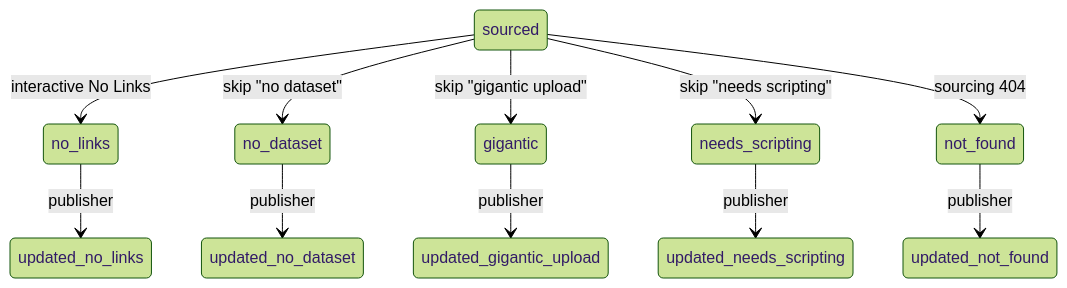
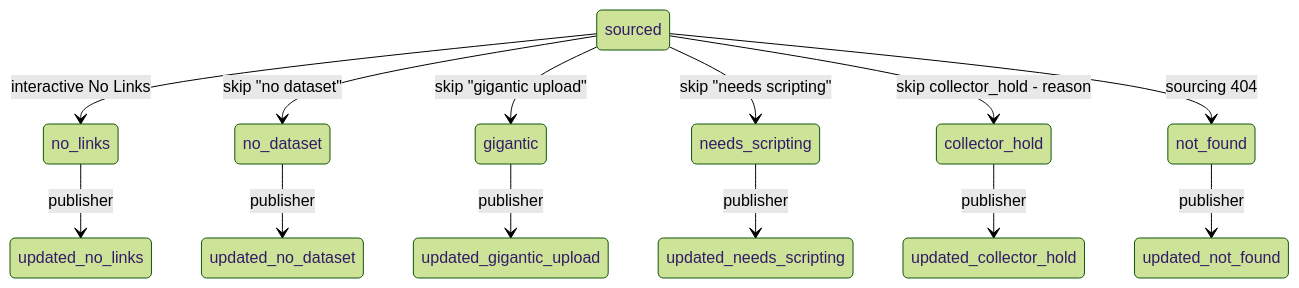
One commit to mkraley/DRPPipeline changed the fifth of 6 diagrams in docs/Status.md. Above: the diagram before and after it, drawn with Mermaid (forest theme). The commit also changed other lines of this file and 9 other files, not shown here.

First line of the commit message:
Implement collector hold status handling in publisher workflow

````diff
--- a/docs/Status.md
+++ b/docs/Status.md
@@ -159,14 +161,16 @@
 ```mermaid
 stateDiagram-v2
   sourced --> no_links: interactive No Links
   sourced --> no_dataset: skip "no dataset"
   sourced --> gigantic: skip "gigantic upload"
   sourced --> needs_scripting: skip "needs scripting"
+  sourced --> collector_hold: skip collector_hold - reason
   sourced --> not_found: sourcing 404
 
   no_links --> updated_no_links: publisher
   no_dataset --> updated_no_dataset: publisher
   gigantic --> updated_gigantic_upload: publisher
   needs_scripting --> updated_needs_scripting: publisher
+  collector_hold --> updated_collector_hold: publisher
   not_found --> updated_not_found: publisher
 ```
````
